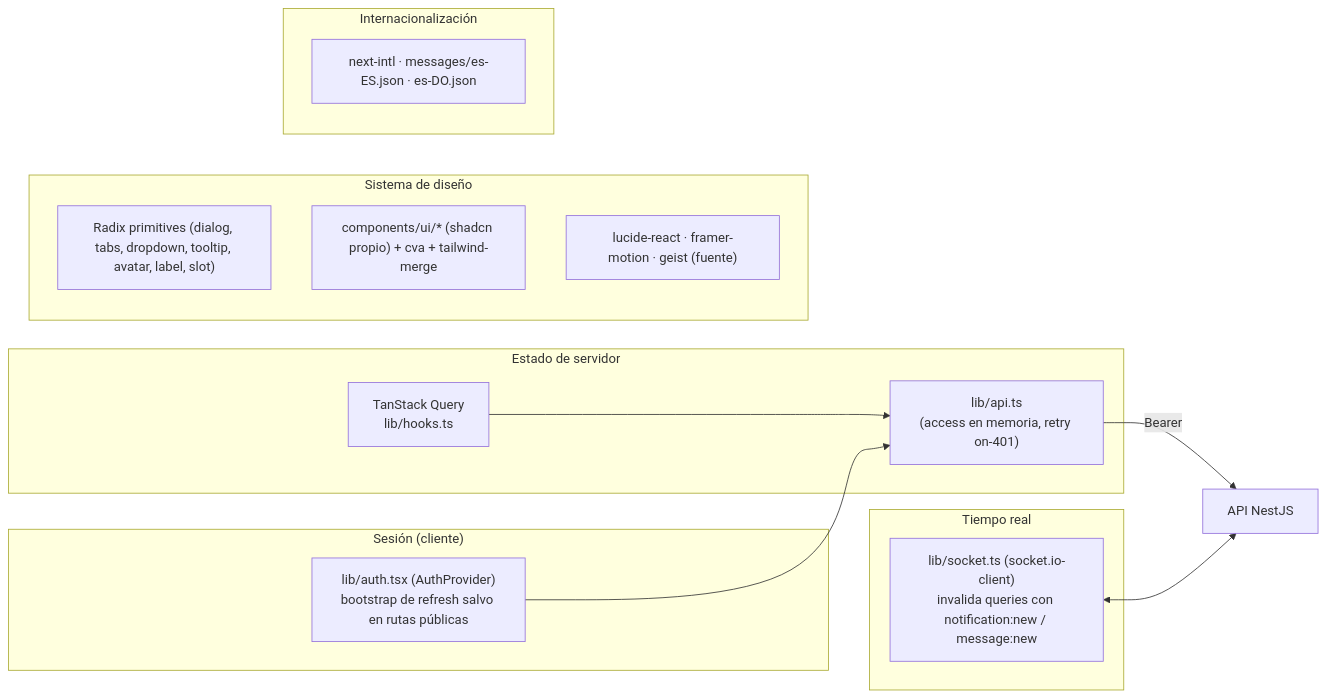
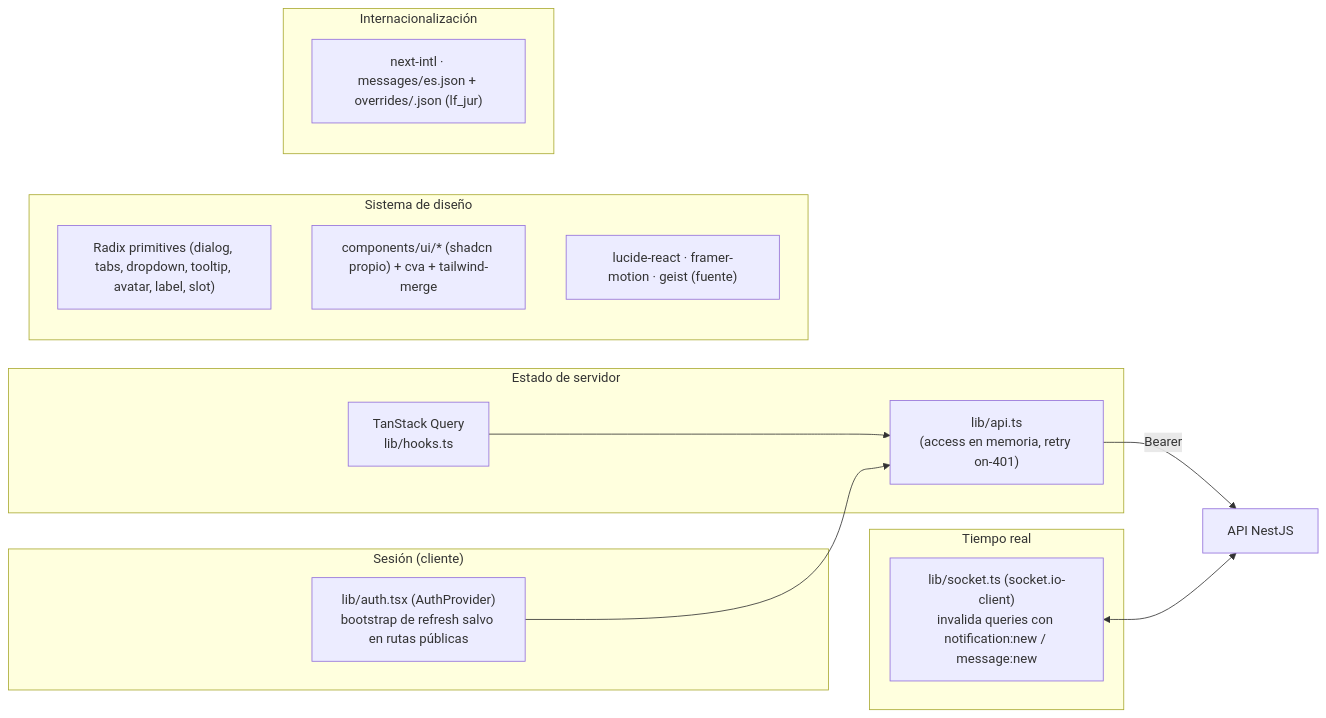
One commit to OswaldoVargas11/Prood007 changed the second of 2 diagrams in docs/architecture/08-frontend-architecture.md. Above: the diagram before and after it, drawn with Mermaid. The commit also changed other lines of this file and 6 other files, not shown here.

````diff
--- a/docs/architecture/08-frontend-architecture.md
+++ b/docs/architecture/08-frontend-architecture.md
@@ -58,25 +64,25 @@
 ```mermaid
 flowchart LR
     subgraph data["Estado de servidor"]
         rq["TanStack Query<br/>lib/hooks.ts"]
         api["lib/api.ts<br/>(access en memoria, retry on-401)"]
         rq --> api
     end
     subgraph rt["Tiempo real"]
         sock["lib/socket.ts (socket.io-client)<br/>invalida queries con notification:new / message:new"]
     end
     subgraph auth["Sesión (cliente)"]
         ap["lib/auth.tsx (AuthProvider)<br/>bootstrap de refresh salvo en rutas públicas"]
     end
     subgraph ui["Sistema de diseño"]
         rad["Radix primitives (dialog, tabs, dropdown, tooltip, avatar, label, slot)"]
         sh["components/ui/* (shadcn propio) + cva + tailwind-merge"]
         icon["lucide-react · framer-motion · geist (fuente)"]
     end
     subgraph i18n["Internacionalización"]
-        ni["next-intl · messages/es-ES.json · es-DO.json"]
+        ni["next-intl · messages/es.json + overrides/<jur>.json (lf_jur)"]
     end
     api -->|"Bearer"| nest["API NestJS"]
     sock <--> nest
     ap --> api
 ```
````
